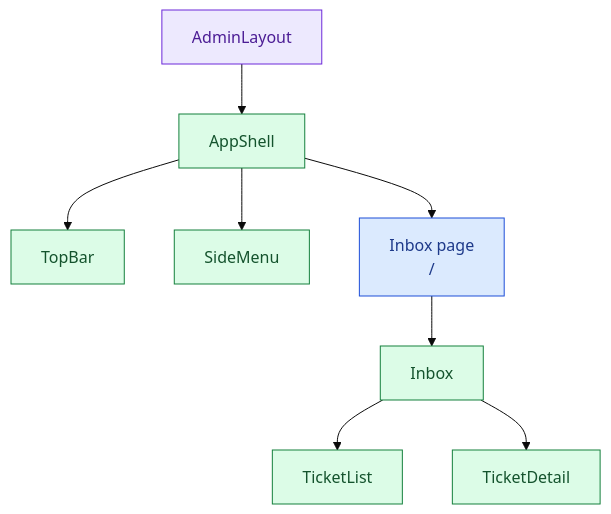
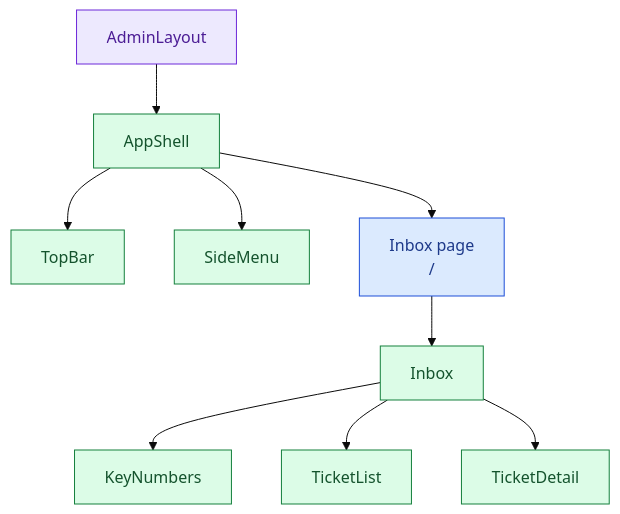
One commit to AlberteViendahl/feedback changed the seventh of 13 diagrams in apps/admin/docs/architecture.md. Above: the diagram before and after it, drawn with Mermaid (base theme). The commit also changed other lines of this file, not shown here.

Commit message:
Updates to architecture

````diff
--- a/apps/admin/docs/architecture.md
+++ b/apps/admin/docs/architecture.md
@@ -227,25 +229,27 @@
 ```mermaid
 flowchart TD
   AdminLayout["AdminLayout"]:::layout
   AppShell["AppShell"]:::component
   TopBar["TopBar"]:::component
   SideMenu["SideMenu"]:::component
   Home["Inbox page<br/>/"]:::page
   Inbox["Inbox"]:::component
+  KeyNumbers["KeyNumbers"]:::component
   TicketList["TicketList"]:::component
   TicketDetail["TicketDetail"]:::component
 
   AdminLayout --> AppShell
   AppShell --> TopBar
   AppShell --> SideMenu
   AppShell --> Home
   Home --> Inbox
+  Inbox --> KeyNumbers
   Inbox --> TicketList
   Inbox --> TicketDetail
 
   classDef page fill:#DBEAFE,stroke:#1D4ED8,color:#1E3A8A
   classDef layout fill:#EDE9FE,stroke:#6D28D9,color:#4C1D95
   classDef component fill:#DCFCE7,stroke:#15803D,color:#14532D
   classDef store fill:#FFEDD5,stroke:#C2410C,color:#7C2D12
   classDef mock fill:#F3F4F6,stroke:#4B5563,color:#1F2937,stroke-dasharray:4 3
 ```
````
